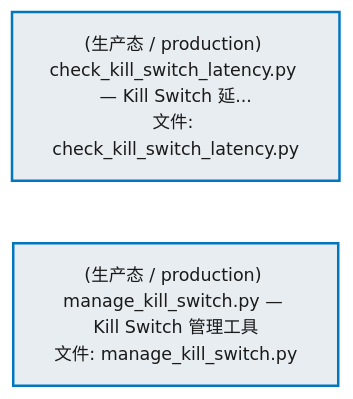
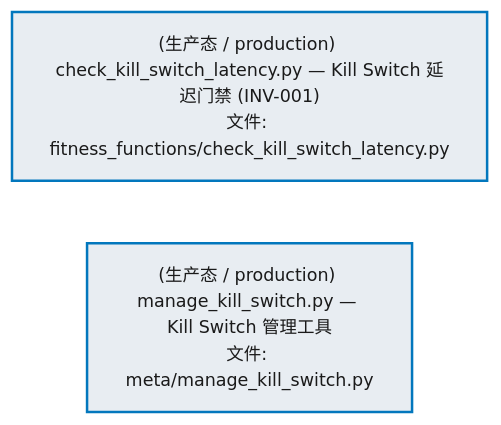
Before and after one commit to xuanFelixVan/ZephyrAlpha: the first of 2 diagrams in docs/02_enterprise_architecture/02_domain_architecture_docs/34_d_autonomy_perm.md, drawn with Mermaid. The commit also changed other lines of this file and 63 other files, not shown here.

````diff
--- a/docs/02_enterprise_architecture/02_domain_architecture_docs/34_d_autonomy_perm.md
+++ b/docs/02_enterprise_architecture/02_domain_architecture_docs/34_d_autonomy_perm.md
@@ -62,12 +62,12 @@
 ```mermaid
 %%{init: {'theme': 'base', 'themeVariables': {'primaryColor': '#eaeaea', 'primaryTextColor': '#333333', 'primaryBorderColor': '#666666', 'lineColor': '#666666', 'secondaryColor': '#eaeaea', 'tertiaryColor': '#eaeaea', 'fontSize': '14px'}}}%%
 flowchart TD
-    scripts_arch_guard_fitness_functions_check_kill_switch_latency_py["(生产态 / production) check_kill_switch_latency.py — Kill Switch 延...<br/>文件: check_kill_switch_latency.py"]
-    scripts_governance_meta_manage_kill_switch_py["(生产态 / production) manage_kill_switch.py — Kill Switch 管理工具<br/>文件: manage_kill_switch.py"]
+    scripts_arch_guard_fitness_functions_check_kill_switch_latency_py["(生产态 / production) check_kill_switch_latency.py — Kill Switch 延迟门禁 (INV-001)<br/>文件: fitness_functions/check_kill_switch_latency.py"]
+    scripts_governance_meta_manage_kill_switch_py["(生产态 / production) manage_kill_switch.py — Kill Switch 管理工具<br/>文件: meta/manage_kill_switch.py"]
     scripts_arch_guard_fitness_functions_check_kill_switch_latency_py ~~~ scripts_governance_meta_manage_kill_switch_py
     classDef production fill:#e8edf2,stroke:#0277bd,stroke-width:2px,color:#1a1a1a
     classDef design fill:#f0ebe3,stroke:#bf360c,stroke-width:2px,color:#1a1a1a,stroke-dasharray: 5 5
     classDef external_prod fill:#e8efe9,stroke:#1b5e20,stroke-width:1px,color:#1a1a1a
     classDef external_design fill:#efe5ea,stroke:#880e4f,stroke-width:1px,color:#1a1a1a,stroke-dasharray: 5 5
     class scripts_arch_guard_fitness_functions_check_kill_switch_latency_py,scripts_governance_meta_manage_kill_switch_py production
 ```
````
